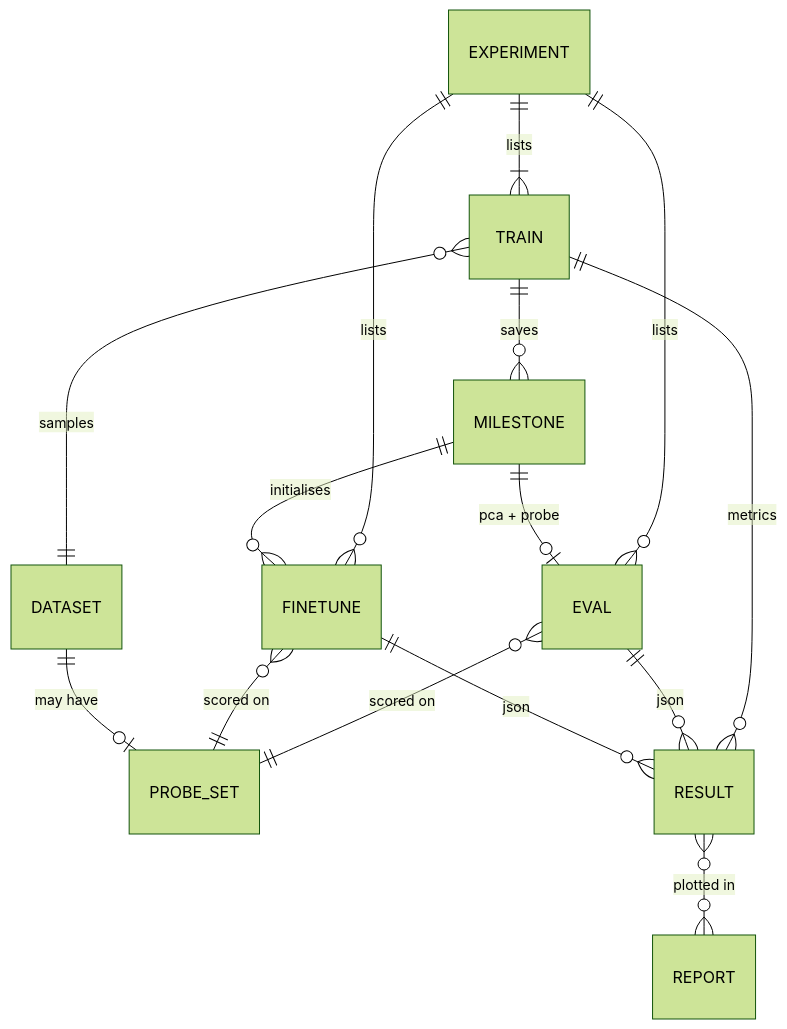
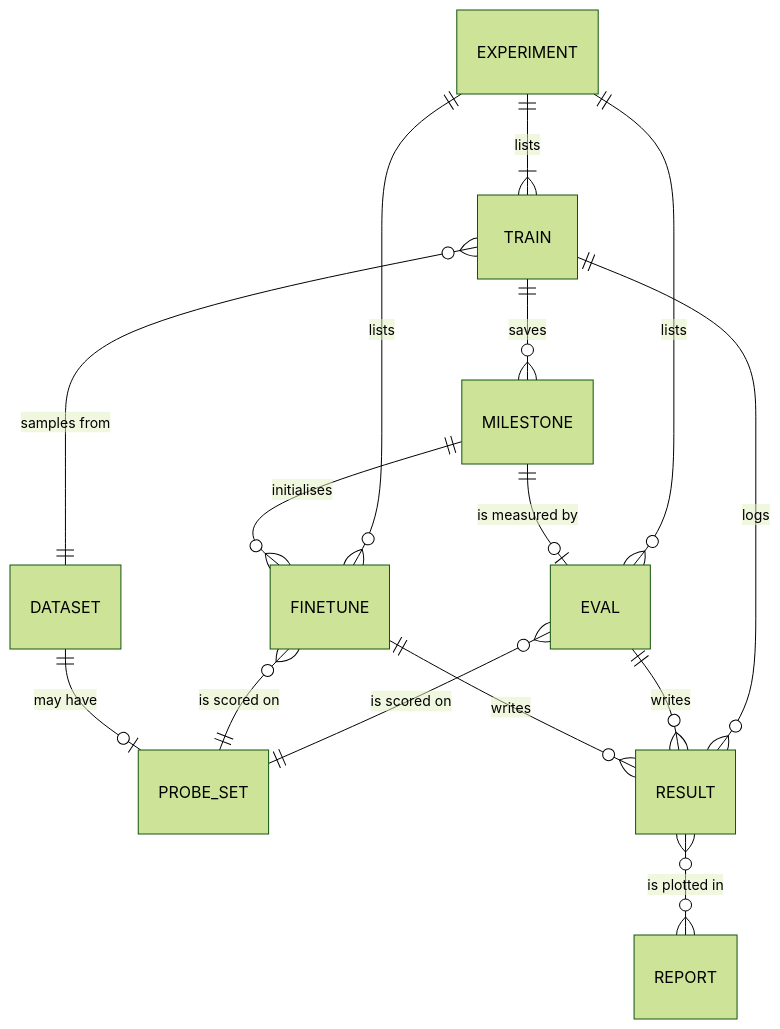
The diagram in diagrams/entities.mmd (AI-HHMI/ssl-lejepa), drawn with Mermaid (forest theme) before and after one commit. The commit also changed 1 other file, not shown here.

Commit message:
diagrams: entity edges are verbs

```diff
--- a/diagrams/entities.mmd
+++ b/diagrams/entities.mmd
@@ -1,15 +1,15 @@
 erDiagram
-    EXPERIMENT ||--|{ TRAIN : lists
-    EXPERIMENT ||--o{ EVAL : lists
-    EXPERIMENT ||--o{ FINETUNE : lists
-    TRAIN }o--|| DATASET : "samples"
+    EXPERIMENT ||--|{ TRAIN : "lists"
+    EXPERIMENT ||--o{ EVAL : "lists"
+    EXPERIMENT ||--o{ FINETUNE : "lists"
+    TRAIN }o--|| DATASET : "samples from"
     TRAIN ||--o{ MILESTONE : "saves"
-    MILESTONE ||--o| EVAL : "pca + probe"
+    MILESTONE ||--o| EVAL : "is measured by"
     MILESTONE ||--o{ FINETUNE : "initialises"
-    EVAL }o--|| PROBE_SET : "scored on"
-    FINETUNE }o--|| PROBE_SET : "scored on"
+    EVAL }o--|| PROBE_SET : "is scored on"
+    FINETUNE }o--|| PROBE_SET : "is scored on"
     DATASET ||--o| PROBE_SET : "may have"
-    TRAIN ||--o{ RESULT : "metrics"
-    EVAL ||--o{ RESULT : "json"
-    FINETUNE ||--o{ RESULT : "json"
-    RESULT }o--o{ REPORT : "plotted in"
+    TRAIN ||--o{ RESULT : "logs"
+    EVAL ||--o{ RESULT : "writes"
+    FINETUNE ||--o{ RESULT : "writes"
+    RESULT }o--o{ REPORT : "is plotted in"
```
